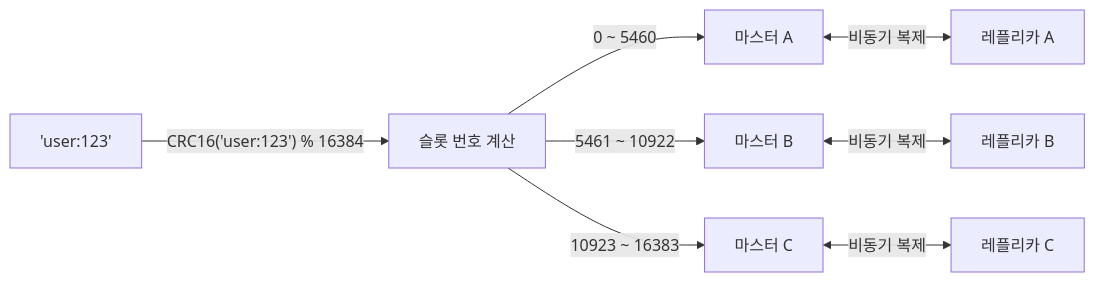
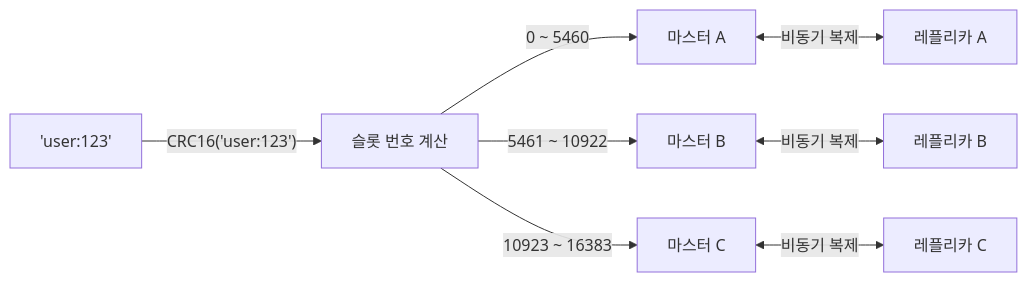
The fourth of 6 diagrams in _posts/redis/2026-05-01-redis-cluster-sentinel.md (yjkim2015/yjkim2015.github.io), drawn with Mermaid before and after one commit. The commit also changed other lines of this file and 271 other files, not shown here.

First line of the commit message:
Mermaid 라벨 축소: 긴 노드 텍스트 18자 이하로 트림 + \n 제거

````diff
--- a/_posts/redis/2026-05-01-redis-cluster-sentinel.md
+++ b/_posts/redis/2026-05-01-redis-cluster-sentinel.md
@@ -200,10 +200,10 @@
 ```mermaid
 graph LR
-    KEY["'user:123'"] -->|"CRC16('user:123') % 16384"| SLOT["슬롯 번호 계산"]
+    KEY["'user:123'"] -->|"CRC16('user:123')"| SLOT["슬롯 번호 계산"]
     SLOT -->|"0 ~ 5460"| MA["마스터 A"]
     SLOT -->|"5461 ~ 10922"| MB["마스터 B"]
     SLOT -->|"10923 ~ 16383"| MC["마스터 C"]
     MA <-->|"비동기 복제"| RA["레플리카 A"]
     MB <-->|"비동기 복제"| RB["레플리카 B"]
     MC <-->|"비동기 복제"| RC["레플리카 C"]
 ```
````
